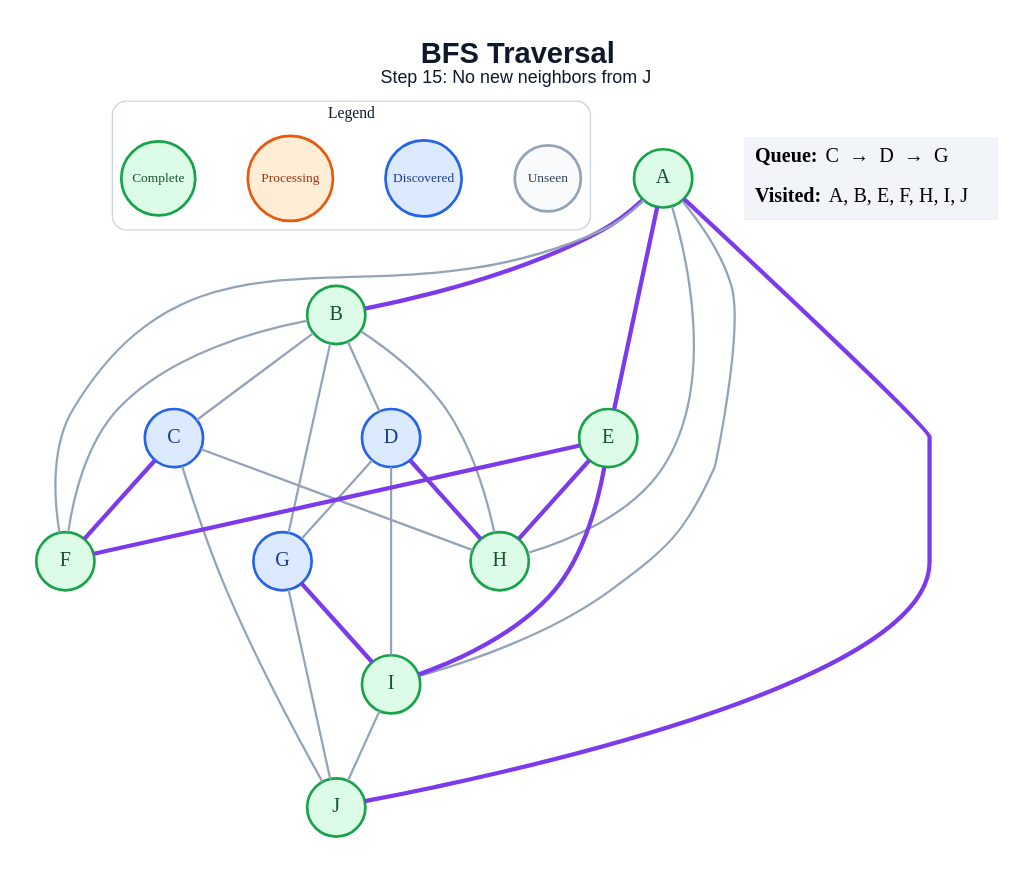
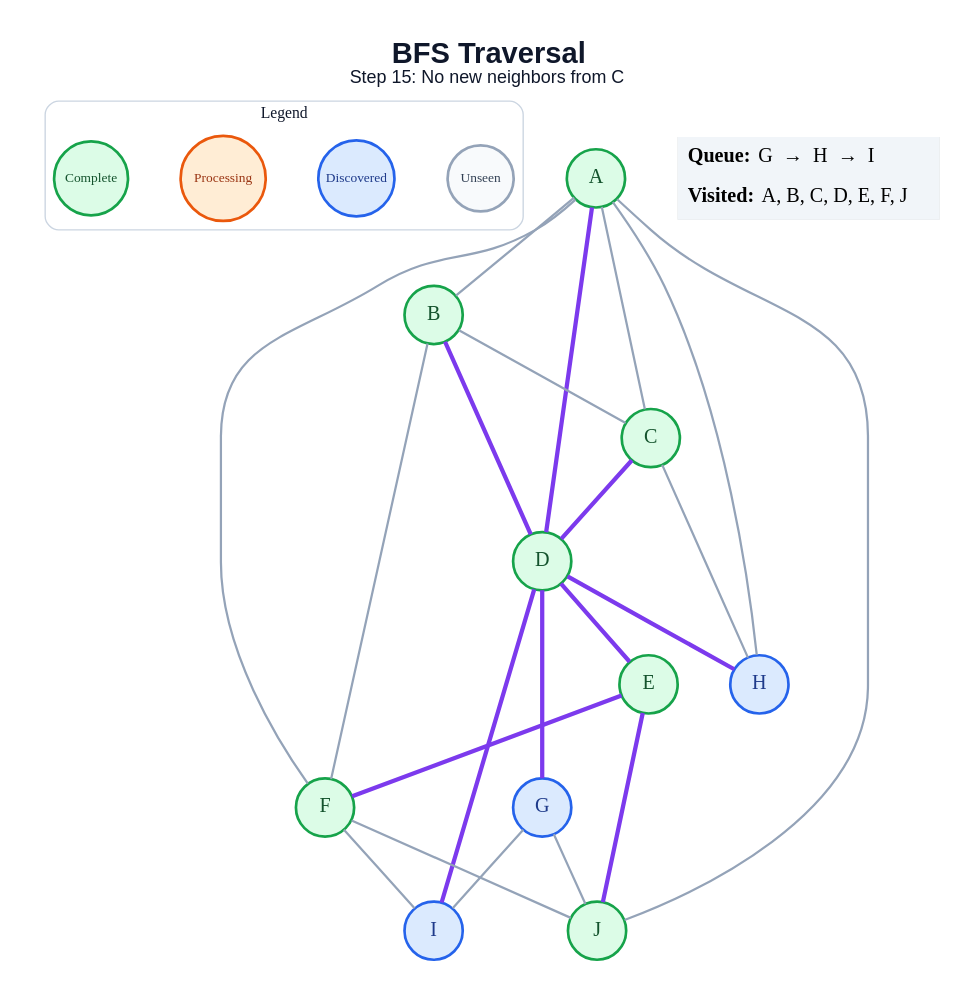
The diagram in generated/specific-node/bfs/step_15.dot (amanghodawala9/ai-slop), drawn with Graphviz before and after one commit. The commit also changed 178 other files, not shown here.

```diff
--- a/generated/specific-node/bfs/step_15.dot
+++ b/generated/specific-node/bfs/step_15.dot
@@ -1,52 +1,50 @@
 graph traversal {
   graph [layout=dot, rankdir=TB, bgcolor="#FFFFFF", pad="0.35", nodesep="0.65", ranksep="0.8", fontname="Arial"];
   node [shape=circle, style="filled", fontname="Arial Bold", fontsize=18, width=0.72, fixedsize=true, penwidth=2.4];
   edge [color="#94A3B8", penwidth=2.0];
-  label=<<B>BFS Traversal</B><BR/><FONT POINT-SIZE="16">Step 15: No new neighbors from J</FONT>>; labelloc="t"; fontsize=26; fontname="Arial"; fontcolor="#0F172A";
+  label=<<B>BFS Traversal</B><BR/><FONT POINT-SIZE="16">Step 15: No new neighbors from C</FONT>>; labelloc="t"; fontsize=26; fontname="Arial"; fontcolor="#0F172A";
   subgraph cluster_legend { label="Legend"; color="#CBD5E1"; penwidth=1.2; style="rounded"; fontsize=14; fontname="Arial Bold";
     key_unseen [label="Unseen", fillcolor="#F8FAFC", color="#94A3B8", fontcolor="#334155", fontsize=12, width=0.82];
     key_frontier [label="Discovered", fillcolor="#DBEAFE", color="#2563EB", fontcolor="#1E3A8A", fontsize=12, width=0.95];
     key_current [label="Processing", fillcolor="#FFEDD5", color="#EA580C", fontcolor="#9A3412", fontsize=12, width=1.05];
     key_done [label="Complete", fillcolor="#DCFCE7", color="#16A34A", fontcolor="#14532D", fontsize=12, width=0.92];
     { rank=same; key_unseen; key_frontier; key_current; key_done; }
   }
   A [fillcolor="#DCFCE7", color="#16A34A", fontcolor="#14532D"];
   B [fillcolor="#DCFCE7", color="#16A34A", fontcolor="#14532D"];
-  C [fillcolor="#DBEAFE", color="#2563EB", fontcolor="#1E3A8A"];
-  D [fillcolor="#DBEAFE", color="#2563EB", fontcolor="#1E3A8A"];
+  C [fillcolor="#DCFCE7", color="#16A34A", fontcolor="#14532D"];
+  D [fillcolor="#DCFCE7", color="#16A34A", fontcolor="#14532D"];
   E [fillcolor="#DCFCE7", color="#16A34A", fontcolor="#14532D"];
   F [fillcolor="#DCFCE7", color="#16A34A", fontcolor="#14532D"];
   G [fillcolor="#DBEAFE", color="#2563EB", fontcolor="#1E3A8A"];
-  H [fillcolor="#DCFCE7", color="#16A34A", fontcolor="#14532D"];
-  I [fillcolor="#DCFCE7", color="#16A34A", fontcolor="#14532D"];
+  H [fillcolor="#DBEAFE", color="#2563EB", fontcolor="#1E3A8A"];
+  I [fillcolor="#DBEAFE", color="#2563EB", fontcolor="#1E3A8A"];
   J [fillcolor="#DCFCE7", color="#16A34A", fontcolor="#14532D"];
-  A -- B [color="#7C3AED", penwidth=3.8];
-  A -- E [color="#7C3AED", penwidth=3.8];
+  A -- B;
+  A -- C;
+  A -- D [color="#7C3AED", penwidth=3.8];
   A -- F;
   A -- H;
-  A -- I;
-  A -- J [color="#7C3AED", penwidth=3.8];
+  A -- J;
   B -- C;
-  B -- D;
+  B -- D [color="#7C3AED", penwidth=3.8];
   B -- F;
-  B -- G;
-  B -- H;
-  C -- F [color="#7C3AED", penwidth=3.8];
+  C -- D [color="#7C3AED", penwidth=3.8];
   C -- H;
-  C -- J;
-  D -- G;
+  D -- E [color="#7C3AED", penwidth=3.8];
+  D -- G [color="#7C3AED", penwidth=3.8];
   D -- H [color="#7C3AED", penwidth=3.8];
-  D -- I;
+  D -- I [color="#7C3AED", penwidth=3.8];
   E -- F [color="#7C3AED", penwidth=3.8];
-  E -- H [color="#7C3AED", penwidth=3.8];
-  E -- I [color="#7C3AED", penwidth=3.8];
-  G -- I [color="#7C3AED", penwidth=3.8];
+  E -- J [color="#7C3AED", penwidth=3.8];
+  F -- I;
+  F -- J;
+  G -- I;
   G -- J;
-  I -- J;
   status [shape=plain, fixedsize=false, width=0, height=0, margin=0, label=<
     <TABLE BORDER="0" CELLBORDER="0" CELLPADDING="7" BGCOLOR="#F1F5F9">
-      <TR><TD ALIGN="LEFT"><B>Queue:</B> C  →  D  →  G</TD></TR>
-      <TR><TD ALIGN="LEFT"><B>Visited:</B> A, B, E, F, H, I, J</TD></TR>
+      <TR><TD ALIGN="LEFT"><B>Queue:</B> G  →  H  →  I</TD></TR>
+      <TR><TD ALIGN="LEFT"><B>Visited:</B> A, B, C, D, E, F, J</TD></TR>
     </TABLE>
   >];
 }
```
